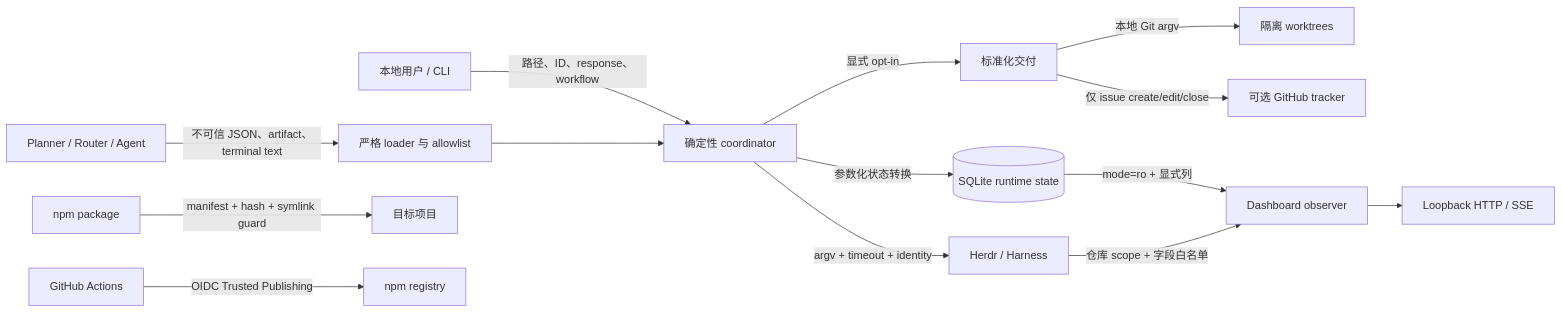
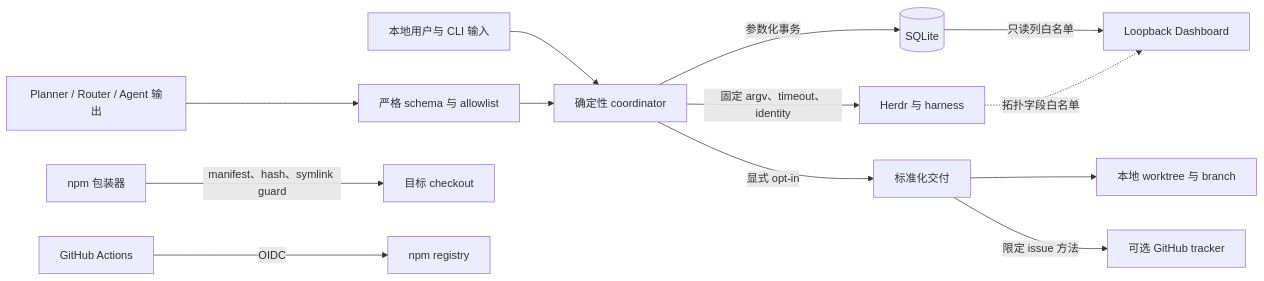
One commit to oldwinter/herdr-orchestrator changed the first of 2 diagrams in droid-wiki/security.md. Above: the diagram before and after it, drawn with Mermaid. The commit also changed other lines of this file and 62 other files, not shown here.

````diff
--- a/droid-wiki/security.md
+++ b/droid-wiki/security.md
@@ -30,16 +22,15 @@
 ```mermaid
 flowchart LR
-    U[本地用户 / CLI] -->|路径、ID、response、workflow| C[确定性 coordinator]
-    M[Planner / Router / Agent] -->|不可信 JSON、artifact、terminal text| V[严格 loader 与 allowlist]
-    V --> C
-    C -->|参数化状态转换| DB[(SQLite runtime state)]
-    C -->|argv + timeout + identity| H[Herdr / Harness]
-    C -->|显式 opt-in| D[标准化交付]
-    D -->|本地 Git argv| G[隔离 worktrees]
-    D -->|仅 issue create/edit/close| T[可选 GitHub tracker]
-    DB -->|mode=ro + 显式列| O[Dashboard observer]
-    H -->|仓库 scope + 字段白名单| O
-    O --> S[Loopback HTTP / SSE]
-    N[npm package] -->|manifest + hash + symlink guard| P[目标项目]
-    CI[GitHub Actions] -->|OIDC Trusted Publishing| R[npm registry]
+    用户[本地用户与 CLI 输入] --> 控制面[确定性 coordinator]
+    模型[Planner / Router / Agent 输出] --> 校验[严格 schema 与 allowlist]
+    校验 --> 控制面
+    控制面 -->|参数化事务| 数据库[(SQLite)]
+    控制面 -->|固定 argv、timeout、identity| 终端[Herdr 与 harness]
+    控制面 -->|显式 opt-in| 交付[标准化交付]
+    交付 --> Git[本地 worktree 与 branch]
+    交付 -->|限定 issue 方法| Tracker[可选 GitHub tracker]
+    包装器[npm 包装器] -->|manifest、hash、symlink guard| 项目[目标 checkout]
+    数据库 -->|只读列白名单| Dashboard[Loopback Dashboard]
+    终端 -. 拓扑字段白名单 .-> Dashboard
+    CI[GitHub Actions] -->|OIDC| npm[npm registry]
 ```
````
